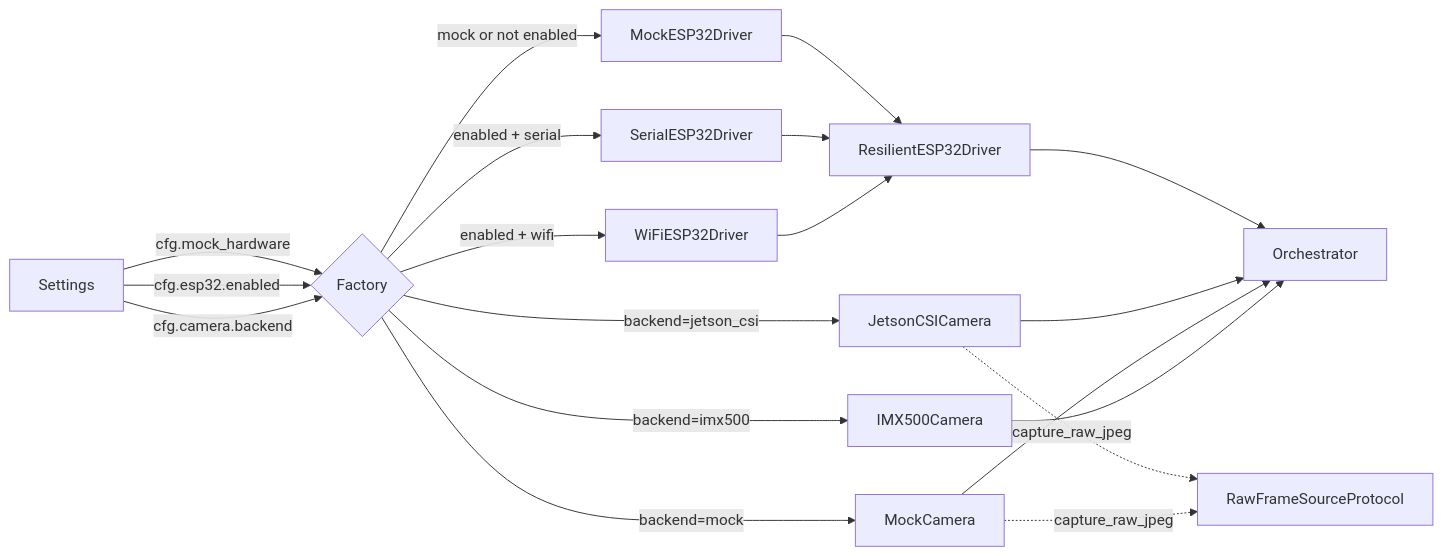
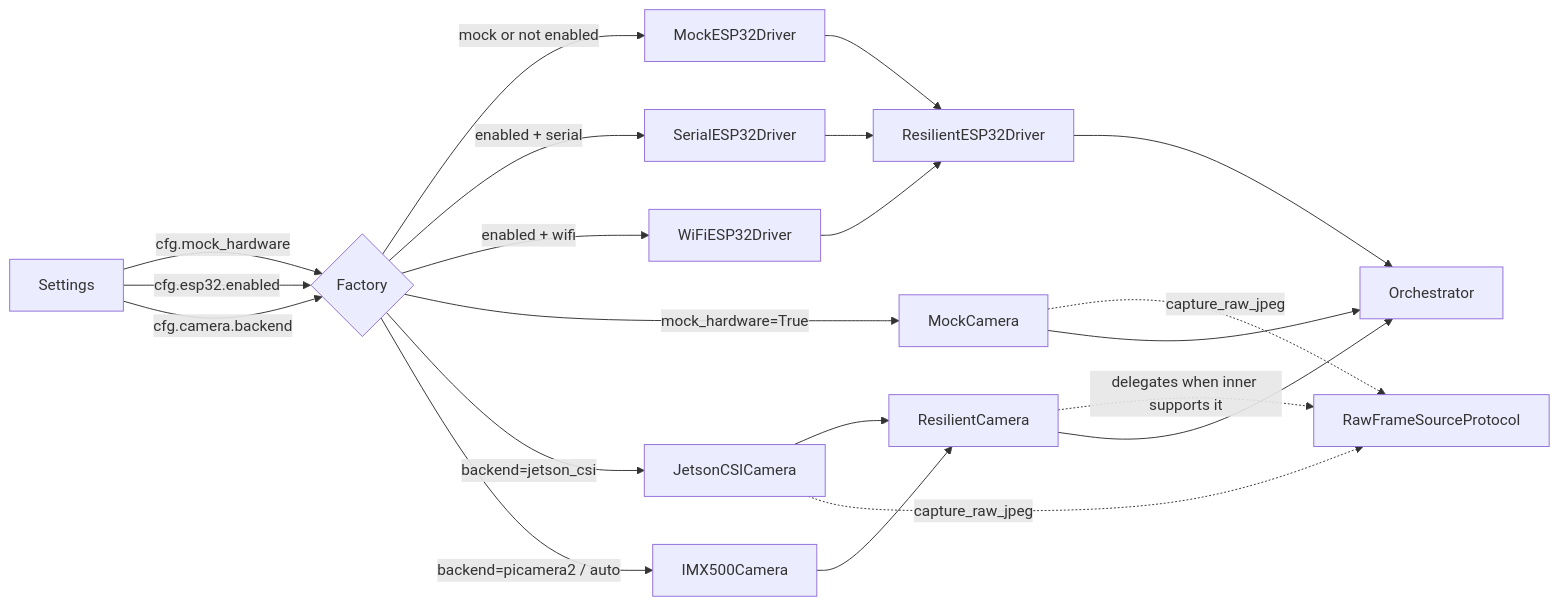
The second of 3 diagrams in docs/architecture/c4-orchestrator.md (ianshank/Mouse-Droid-AGI), drawn with Mermaid before and after one commit. The commit also changed other lines of this file and 8 other files, not shown here.

````diff
--- a/docs/architecture/c4-orchestrator.md
+++ b/docs/architecture/c4-orchestrator.md
@@ -63,21 +63,23 @@
 ```mermaid
 flowchart LR
     cfg[Settings] -->|cfg.mock_hardware| F{Factory}
     cfg -->|cfg.esp32.enabled| F
     cfg -->|cfg.camera.backend| F
     F -->|mock or not enabled| MockESP[MockESP32Driver]
     F -->|enabled + serial| SerialESP[SerialESP32Driver]
     F -->|enabled + wifi| WiFiESP[WiFiESP32Driver]
     MockESP --> RES[ResilientESP32Driver]
     SerialESP --> RES
     WiFiESP --> RES
+    F -->|mock_hardware=True| MC[MockCamera]
     F -->|backend=jetson_csi| JC[JetsonCSICamera]
-    F -->|backend=mock| MC[MockCamera]
-    F -->|backend=imx500| IMX[IMX500Camera]
+    F -->|backend=picamera2 / auto| IMX[IMX500Camera]
+    JC --> RESCAM[ResilientCamera]
+    IMX --> RESCAM
     JC -.->|capture_raw_jpeg| RFS[RawFrameSourceProtocol]
     MC -.->|capture_raw_jpeg| RFS
+    RESCAM -.->|delegates when inner supports it| RFS
     RES --> Orch[Orchestrator]
-    JC --> Orch
+    RESCAM --> Orch
     MC --> Orch
-    IMX --> Orch
 ```
````
